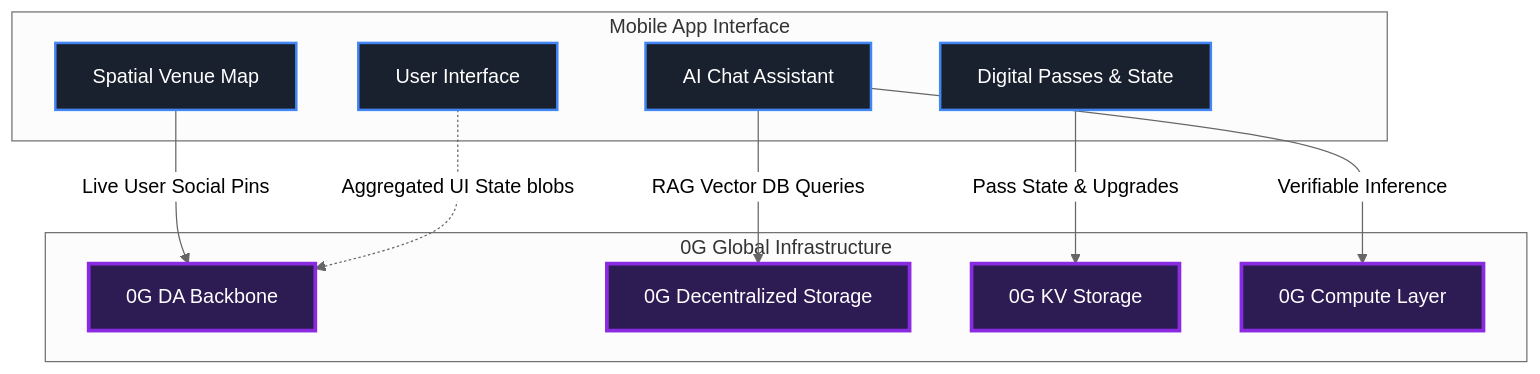
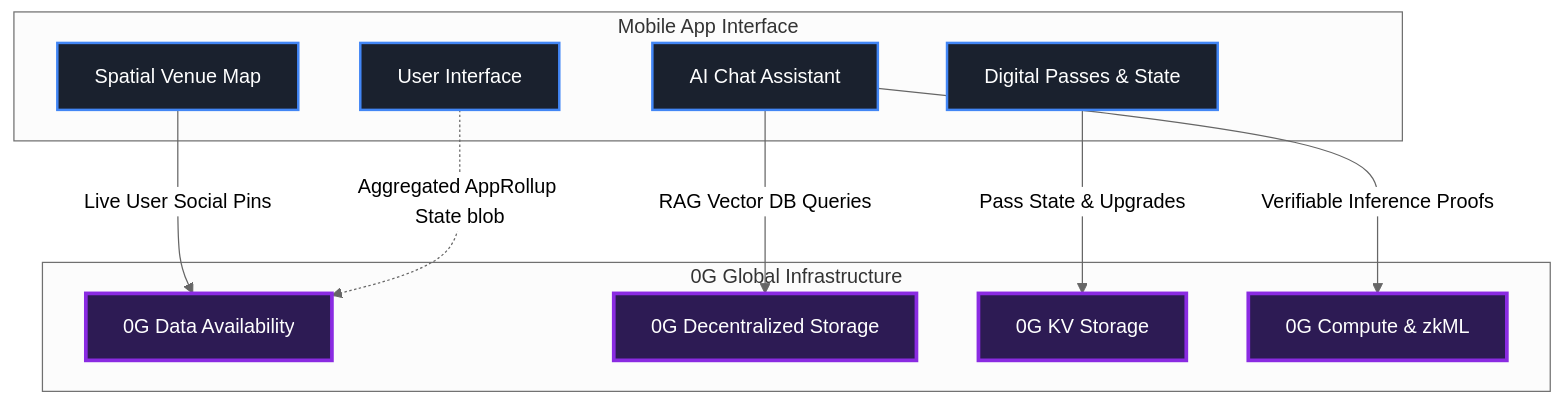
One commit to EddOliver/Effisend0G changed the first of 6 diagrams in README.md. Above: the diagram before and after it, drawn with Mermaid (neutral theme). The commit also changed other lines of this file, not shown here.

````diff
--- a/README.md
+++ b/README.md
@@ -21,28 +13,29 @@
 ```mermaid
 graph TD
     classDef mobile fill:#1A212E,stroke:#4286f5,stroke-width:2px,color:#fff;
     classDef zeroG fill:#2d1b54,stroke:#8a2be2,stroke-width:3px,color:#fff;
     
     subgraph Client Application [Mobile App Interface]
         UI[User Interface]
         Agent[AI Chat Assistant]
         Maps[Spatial Venue Map]
         Wallet[Digital Passes & State]
     end
 
     subgraph 0G Scalability Engine [0G Global Infrastructure]
-        0G_DA[0G DA Backbone]
+        0G_DA[0G Data Availability]
         0G_Storage[0G Decentralized Storage]
         0G_KV[0G KV Storage]
-        0G_Compute[0G Compute Layer]
+        0G_Compute[0G Compute & zkML]
     end
 
-    Agent -->|Verifiable Inference| 0G_Compute
+    %% Key Integrations mapped entirely to 0G
+    Agent -->|Verifiable Inference Proofs| 0G_Compute
     Agent -->|RAG Vector DB Queries| 0G_Storage
     Maps -->|Live User Social Pins| 0G_DA
     Wallet -->|Pass State & Upgrades| 0G_KV
-    UI -.->|Aggregated UI State blobs| 0G_DA
+    UI -.->|Aggregated AppRollup State blob| 0G_DA
     
     class UI,Agent,Maps,Wallet mobile;
     class 0G_DA,0G_Storage,0G_KV,0G_Compute zeroG;
 ```
````
